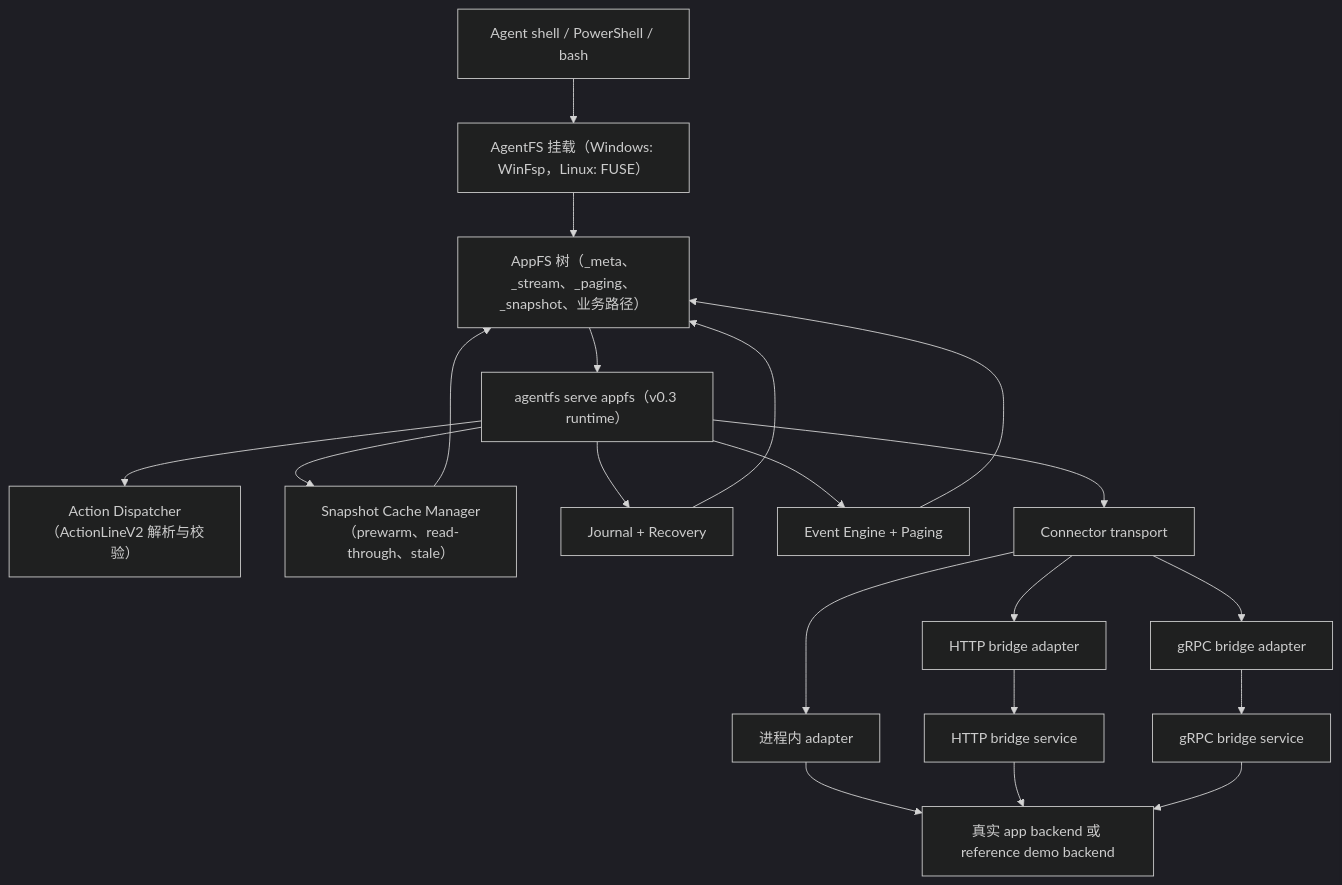
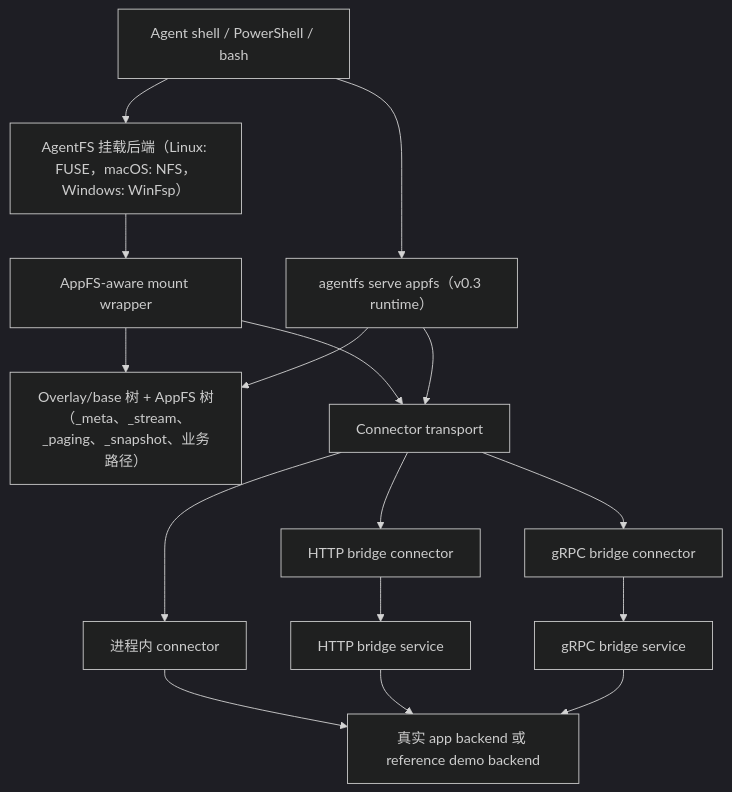
One commit to esp3j0/appfs-platform changed the diagram in README.zh-CN.md. Above: the diagram before and after it, drawn with Mermaid (dark theme). The commit also changed other lines of this file and 19 other files, not shown here.

First line of the commit message:
appfs: add mount-side snapshot read-through (#98)

````diff
--- a/README.zh-CN.md
+++ b/README.zh-CN.md
@@ -228,26 +232,21 @@
 ```mermaid
 flowchart TD
-    A["Agent shell / PowerShell / bash"] --> B["AgentFS 挂载（Windows: WinFsp，Linux: FUSE）"]
-    B --> C["AppFS 树（_meta、_stream、_paging、_snapshot、业务路径）"]
-    C --> D["agentfs serve appfs（v0.3 runtime）"]
+    A["Agent shell / PowerShell / bash"] --> B["AgentFS 挂载后端（Linux: FUSE，macOS: NFS，Windows: WinFsp）"]
+    B --> C["AppFS-aware mount wrapper"]
+    C --> D["Overlay/base 树 + AppFS 树（_meta、_stream、_paging、_snapshot、业务路径）"]
+    A --> E["agentfs serve appfs（v0.3 runtime）"]
+    E --> D
 
-    D --> E["Action Dispatcher（ActionLineV2 解析与校验）"]
-    D --> F["Snapshot Cache Manager（prewarm、read-through、stale）"]
-    D --> G["Journal + Recovery"]
-    D --> H["Event Engine + Paging"]
+    C --> F["Connector transport"]
+    E --> F
 
-    D --> I["Connector transport"]
-    I --> J["进程内 adapter"]
-    I --> K["HTTP bridge adapter"]
-    I --> L["gRPC bridge adapter"]
+    F --> G["进程内 connector"]
+    F --> H["HTTP bridge connector"]
+    F --> I["gRPC bridge connector"]
 
-    K --> M["HTTP bridge service"]
-    L --> N["gRPC bridge service"]
-    J --> O["真实 app backend 或 reference demo backend"]
-    M --> O
-    N --> O
-
-    H --> C
-    F --> C
-    G --> C
+    H --> J["HTTP bridge service"]
+    I --> K["gRPC bridge service"]
+    G --> L["真实 app backend 或 reference demo backend"]
+    J --> L
+    K --> L
 ```
````
